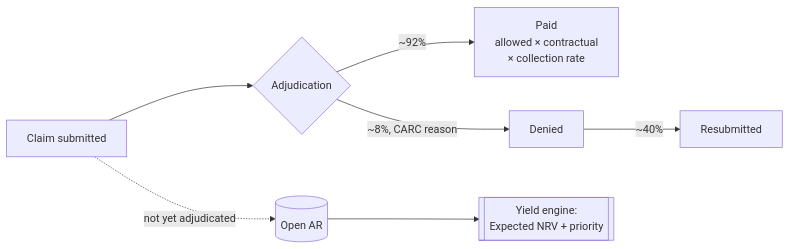
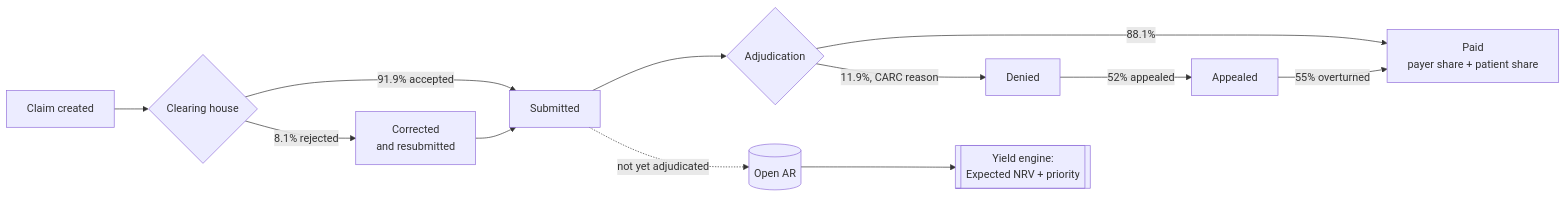
One commit to KushPatel29/healthcare-claims-analytics changed the diagram in README.md. Above: the diagram before and after it, drawn with Mermaid. The commit also changed other lines of this file and 48 other files, not shown here.

````diff
--- a/README.md
+++ b/README.md
@@ -479,9 +589,12 @@
 ```mermaid
 flowchart LR
-    SUB[Claim submitted] --> ADJ{Adjudication}
-    ADJ -->|"~92%"| PAID[Paid<br/>allowed × contractual<br/>× collection rate]
-    ADJ -->|"~8%, CARC reason"| DEN[Denied]
-    DEN -->|"~40%"| RESUB[Resubmitted]
+    CREATE[Claim created] --> SCRUB{Clearing house}
+    SCRUB -->|"91.9% accepted"| SUB[Submitted]
+    SCRUB -->|"8.1% rejected"| FIX[Corrected<br/>and resubmitted] --> SUB
+    SUB --> ADJ{Adjudication}
+    ADJ -->|"88.1%"| PAID[Paid<br/>payer share + patient share]
+    ADJ -->|"11.9%, CARC reason"| DEN[Denied]
+    DEN -->|"52% appealed"| RESUB[Appealed] -->|"55% overturned"| PAID
     SUB -.->|not yet adjudicated| AR[(Open AR)]
     AR --> NRV[[Yield engine:<br/>Expected NRV + priority]]
 ```
````
